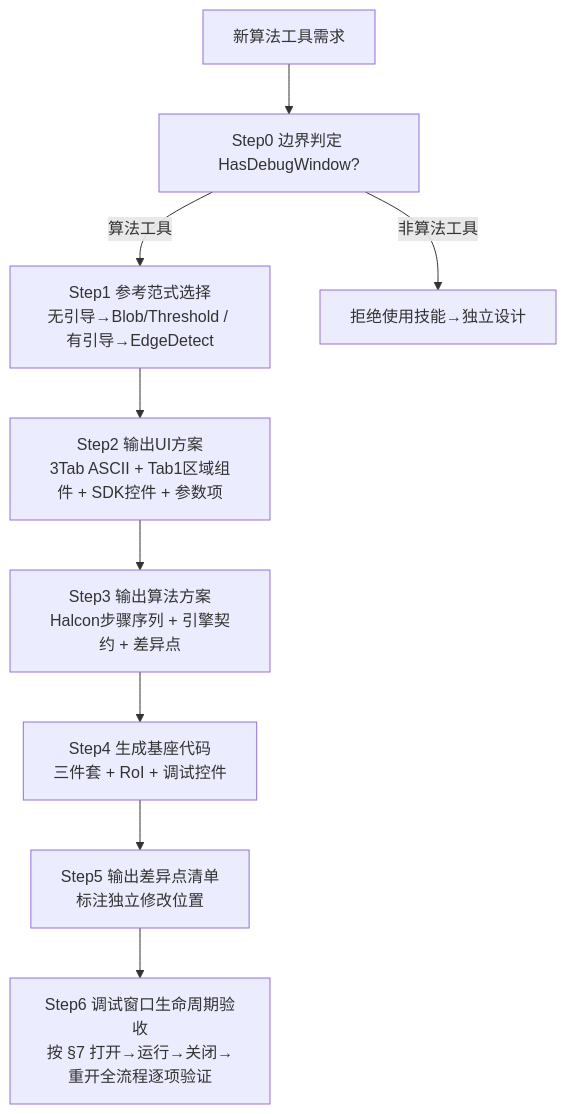
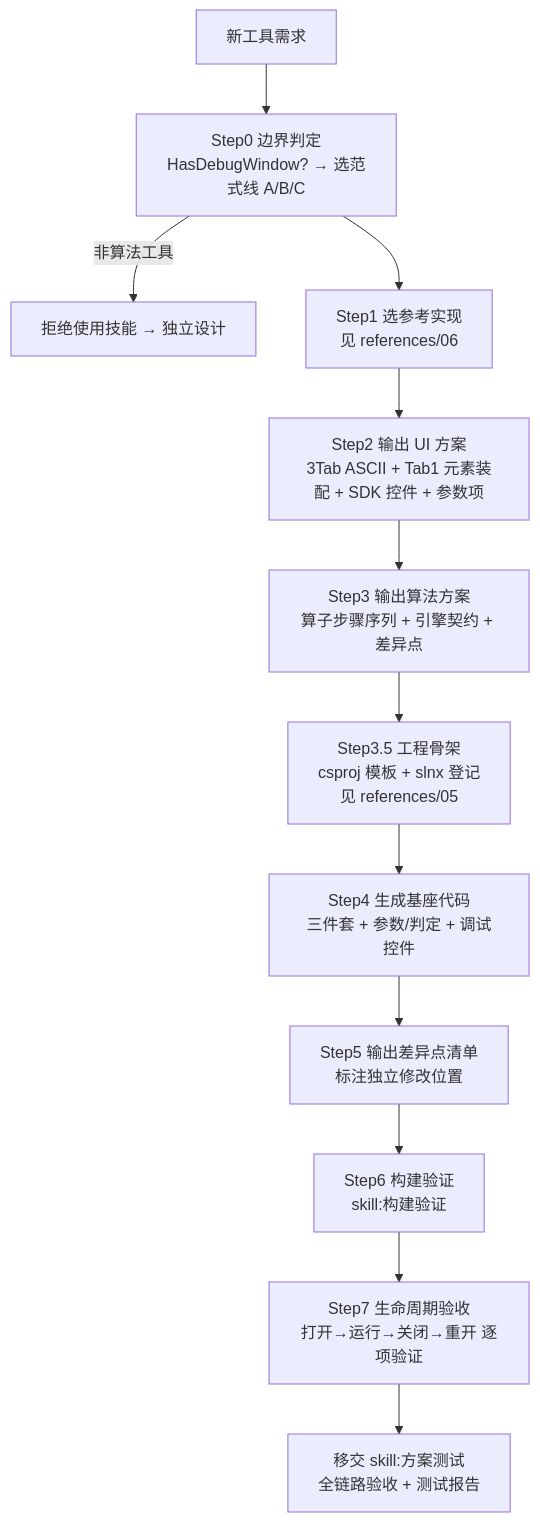
One commit to houzj/SunEyeVision_V2 changed the diagram in .codebuddy/skills/视觉工具构建/SKILL.md. Above: the diagram before and after it, drawn with Mermaid. The commit also changed other lines of this file and 6 other files, not shown here.

````diff
--- a/.codebuddy/skills/视觉工具构建/SKILL.md
+++ b/.codebuddy/skills/视觉工具构建/SKILL.md
@@ -522,11 +102,14 @@
 ```mermaid
 flowchart TD
-    A[新算法工具需求] --> B[Step0 边界判定 HasDebugWindow?]
-    B -->|算法工具| C[Step1 参考范式选择<br>无引导→Blob/Threshold / 有引导→EdgeDetect]
-    B -->|非算法工具| X[拒绝使用技能→独立设计]
-    C --> D[Step2 输出UI方案<br>3Tab ASCII + Tab1区域组件 + SDK控件 + 参数项]
-    D --> E[Step3 输出算法方案<br>Halcon步骤序列 + 引擎契约 + 差异点]
-    E --> F[Step4 生成基座代码<br>三件套 + RoI + 调试控件]
-    F --> G[Step5 输出差异点清单<br>标注独立修改位置]
-    G --> H[Step6 调试窗口生命周期验收<br>按 §7 打开→运行→关闭→重开全流程逐项验证]
+    A[新工具需求] --> B[Step0 边界判定<br>HasDebugWindow? → 选范式线 A/B/C]
+    B -->|非算法工具| X[拒绝使用技能 → 独立设计]
+    B --> C[Step1 选参考实现<br>见 references/06]
+    C --> D[Step2 输出 UI 方案<br>3Tab ASCII + Tab1 元素装配 + SDK 控件 + 参数项]
+    D --> E[Step3 输出算法方案<br>算子步骤序列 + 引擎契约 + 差异点]
+    E --> F[Step3.5 工程骨架<br>csproj 模板 + slnx 登记<br>见 references/05]
+    F --> G[Step4 生成基座代码<br>三件套 + 参数/判定 + 调试控件]
+    G --> H[Step5 输出差异点清单<br>标注独立修改位置]
+    H --> I[Step6 构建验证<br>skill:构建验证]
+    I --> J[Step7 生命周期验收<br>打开→运行→关闭→重开 逐项验证]
+    J --> K[移交 skill:方案测试<br>全链路验收 + 测试报告]
 ```
````
